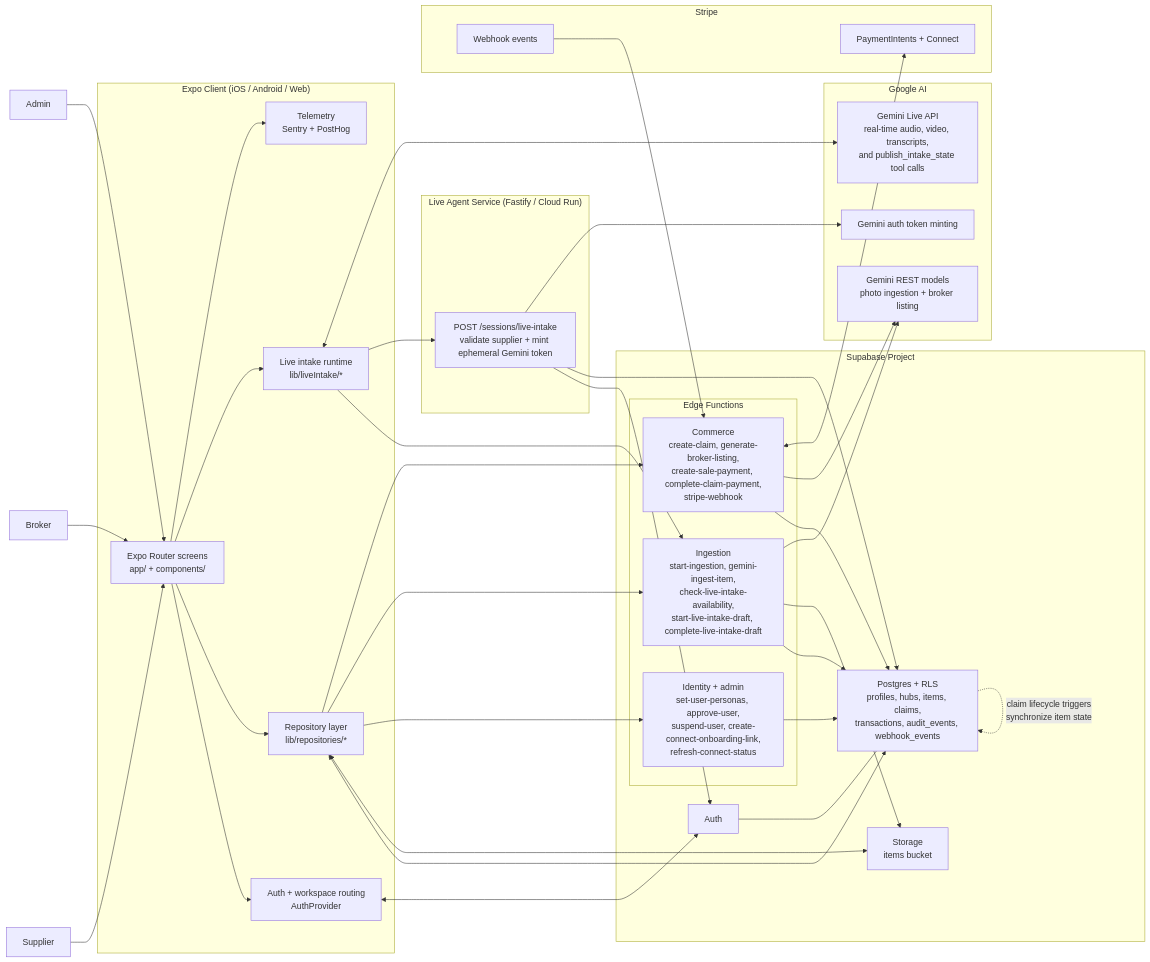
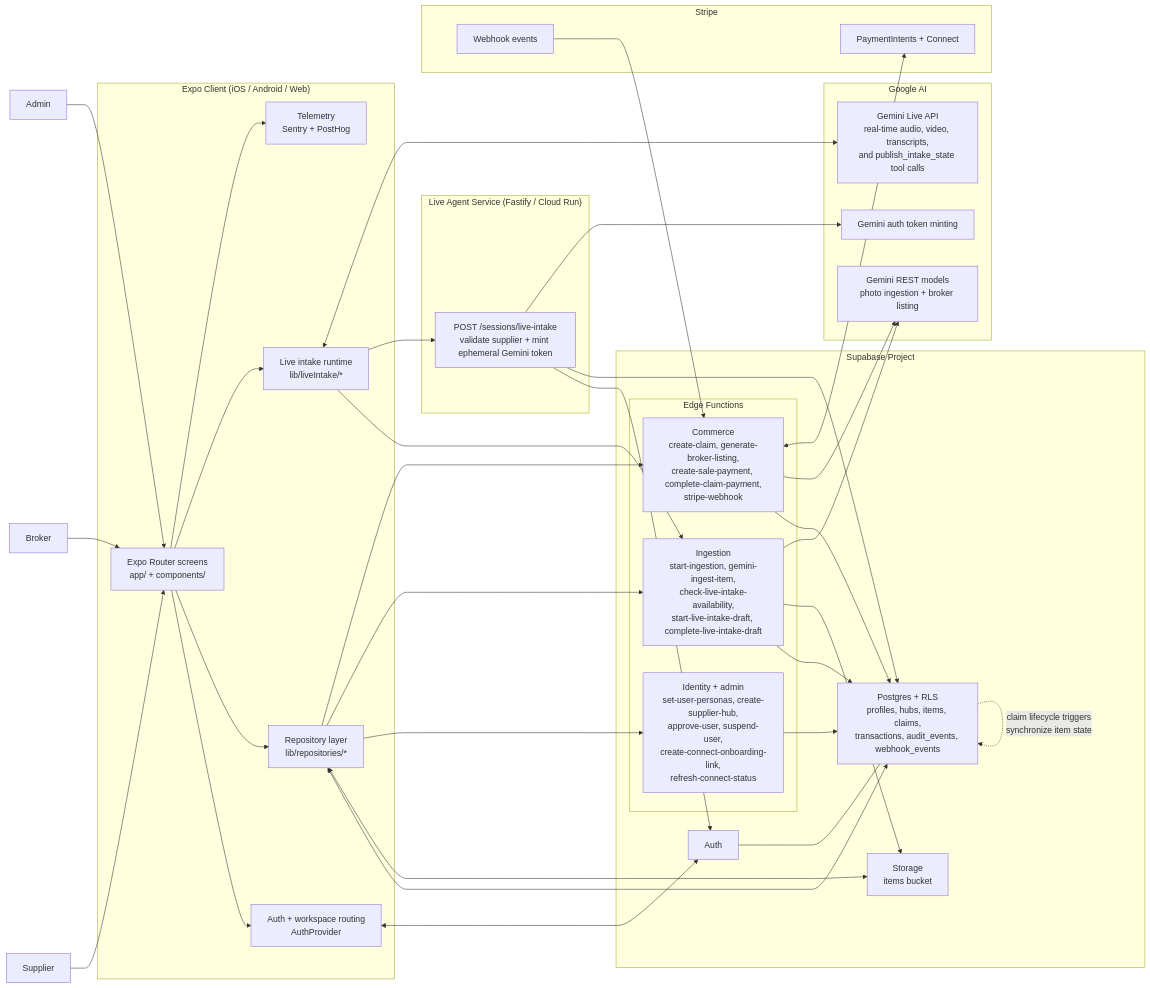
The diagram in docs/architecture.md (TATO-co/TATO), drawn with Mermaid before and after one commit. The commit also changed 25 other files, not shown here.

````diff
--- a/docs/architecture.md
+++ b/docs/architecture.md
@@ -7,76 +7,76 @@
 ```mermaid
 flowchart LR
   Supplier["Supplier"]
   Broker["Broker"]
   Admin["Admin"]
 
   subgraph Client["Expo Client (iOS / Android / Web)"]
     UI["Expo Router screens<br/>app/ + components/"]
     AuthCtx["Auth + workspace routing<br/>AuthProvider"]
     Repo["Repository layer<br/>lib/repositories/*"]
     Live["Live intake runtime<br/>lib/liveIntake/*"]
     Obs["Telemetry<br/>Sentry + PostHog"]
 
     UI --> AuthCtx
     UI --> Repo
     UI --> Live
     UI --> Obs
   end
 
   subgraph Supabase["Supabase Project"]
     Auth["Auth"]
     DB["Postgres + RLS<br/>profiles, hubs, items, claims,<br/>transactions, audit_events, webhook_events"]
     Storage["Storage<br/>items bucket"]
 
     subgraph Edge["Edge Functions"]
-      AdminFns["Identity + admin<br/>set-user-personas, approve-user,<br/>suspend-user, create-connect-onboarding-link,<br/>refresh-connect-status"]
+      AdminFns["Identity + admin<br/>set-user-personas, create-supplier-hub,<br/>approve-user, suspend-user,<br/>create-connect-onboarding-link,<br/>refresh-connect-status"]
       IntakeFns["Ingestion<br/>start-ingestion, gemini-ingest-item,<br/>check-live-intake-availability,<br/>start-live-intake-draft, complete-live-intake-draft"]
       CommerceFns["Commerce<br/>create-claim, generate-broker-listing,<br/>create-sale-payment, complete-claim-payment,<br/>stripe-webhook"]
     end
 
     Auth --- DB
     AdminFns --> DB
     IntakeFns --> DB
     IntakeFns --> Storage
     CommerceFns --> DB
     DB -. "claim lifecycle triggers<br/>synchronize item state" .-> DB
   end
 
   subgraph LiveSvc["Live Agent Service (Fastify / Cloud Run)"]
     Bootstrap["POST /sessions/live-intake<br/>validate supplier + mint ephemeral Gemini token"]
   end
 
   subgraph GoogleAI["Google AI"]
     GeminiTokens["Gemini auth token minting"]
     GeminiRest["Gemini REST models<br/>photo ingestion + broker listing"]
     GeminiLive["Gemini Live API<br/>real-time audio, video, transcripts,<br/>and publish_intake_state tool calls"]
   end
 
   subgraph Stripe["Stripe"]
     StripeApi["PaymentIntents + Connect"]
     StripeHooks["Webhook events"]
   end
 
   Supplier --> UI
   Broker --> UI
   Admin --> UI
 
   AuthCtx <--> Auth
   Repo <--> DB
   Repo <--> Storage
   Repo --> AdminFns
   Repo --> IntakeFns
   Repo --> CommerceFns
 
   Live --> IntakeFns
   Live --> Bootstrap
   Bootstrap --> Auth
   Bootstrap --> DB
   Bootstrap --> GeminiTokens
   Live <--> GeminiLive
 
   IntakeFns --> GeminiRest
   CommerceFns --> GeminiRest
   CommerceFns <--> StripeApi
   StripeHooks --> CommerceFns
 ```
````
